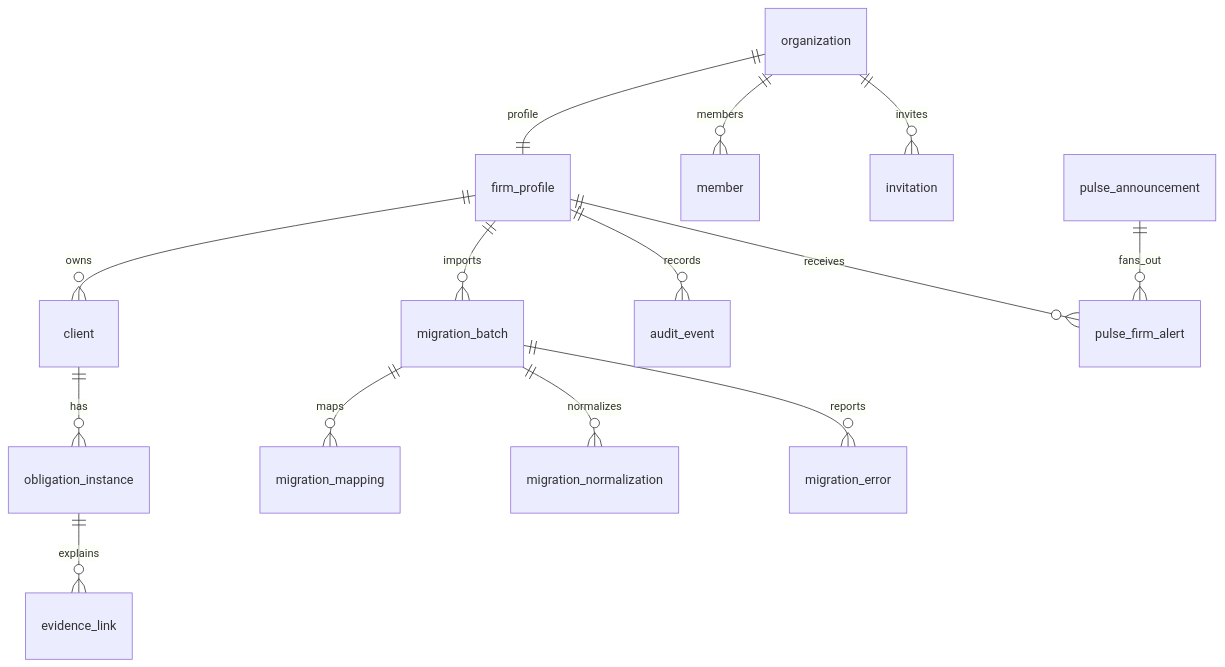
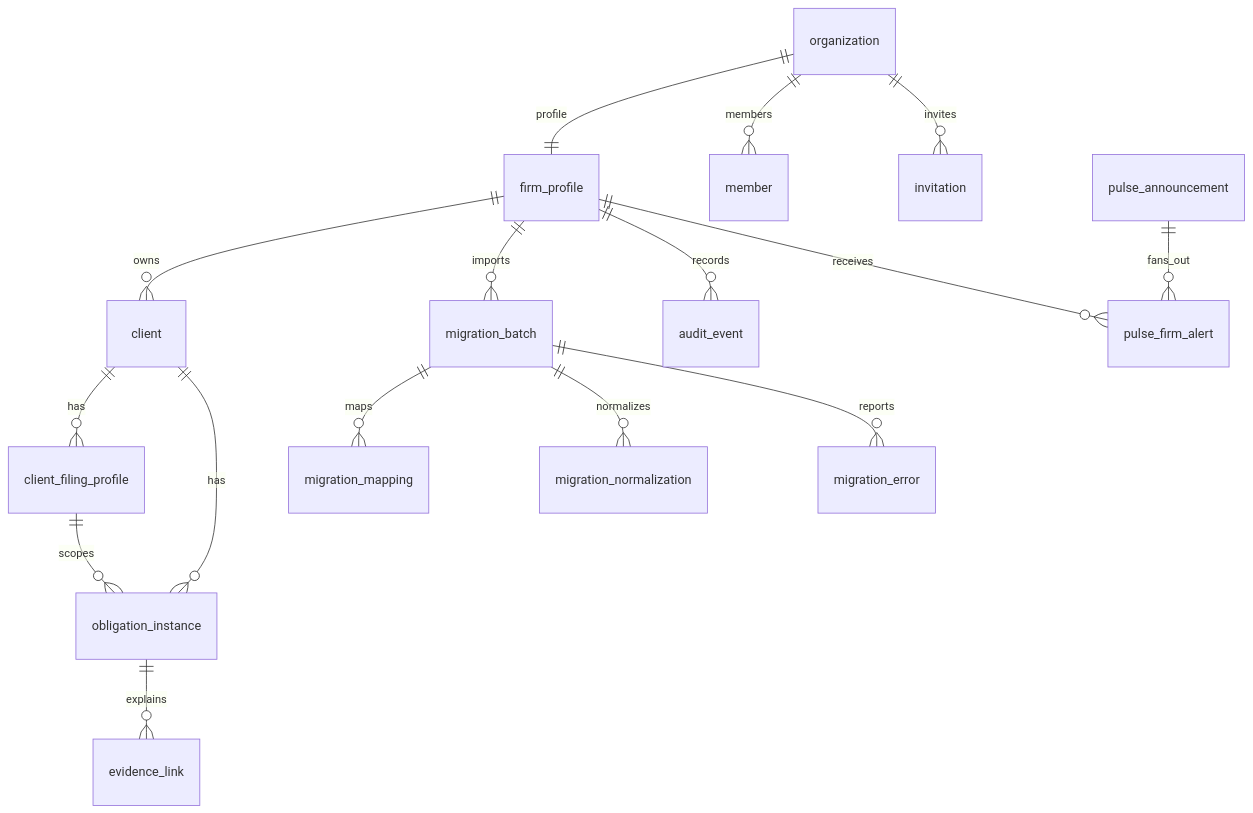
One commit to langgenius/due-date-hq-jhx-lyz changed the third of 4 diagrams in docs/project-modules/07-db-data-access.md. Above: the diagram before and after it, drawn with Mermaid. The commit also changed other lines of this file and 64 other files, not shown here.

Commit message:
feat(clients): implement filing jurisdictions panel and enhance client readiness checks with filing profiles, including updates to UI components and internationalization support

````diff
--- a/docs/project-modules/07-db-data-access.md
+++ b/docs/project-modules/07-db-data-access.md
@@ -133,16 +142,18 @@
 ```mermaid
 erDiagram
   organization ||--|| firm_profile : profile
   organization ||--o{ member : members
   organization ||--o{ invitation : invites
   firm_profile ||--o{ client : owns
+  client ||--o{ client_filing_profile : has
   client ||--o{ obligation_instance : has
+  client_filing_profile ||--o{ obligation_instance : scopes
   firm_profile ||--o{ migration_batch : imports
   migration_batch ||--o{ migration_mapping : maps
   migration_batch ||--o{ migration_normalization : normalizes
   migration_batch ||--o{ migration_error : reports
   firm_profile ||--o{ audit_event : records
   obligation_instance ||--o{ evidence_link : explains
   firm_profile ||--o{ pulse_firm_alert : receives
   pulse_announcement ||--o{ pulse_firm_alert : fans_out
 ```
````
